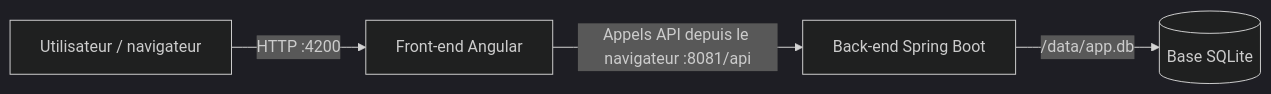
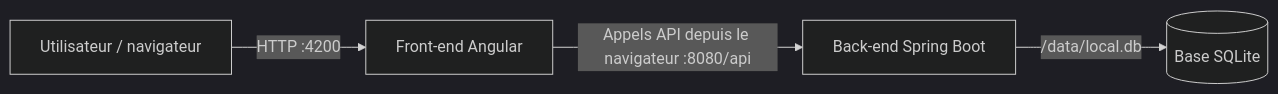
One commit to jviallon63/Hesias-3DKR changed the diagram in tp/3-dockerfile.md. Above: the diagram before and after it, drawn with Mermaid (dark theme). The commit also changed other lines of this file and 4 other files, not shown here.

````diff
--- a/tp/3-dockerfile.md
+++ b/tp/3-dockerfile.md
@@ -23,6 +23,6 @@
 ```mermaid
 flowchart LR
       User[Utilisateur / navigateur] -->|HTTP :4200| Front[Front-end Angular]
-      Front -->|Appels API depuis le navigateur :8081/api| Back[Back-end Spring Boot]
-      Back -->|/data/app.db| Database[(Base SQLite)]
+      Front -->|Appels API depuis le navigateur :8080/api| Back[Back-end Spring Boot]
+      Back -->|/data/local.db| Database[(Base SQLite)]
 ```
````
